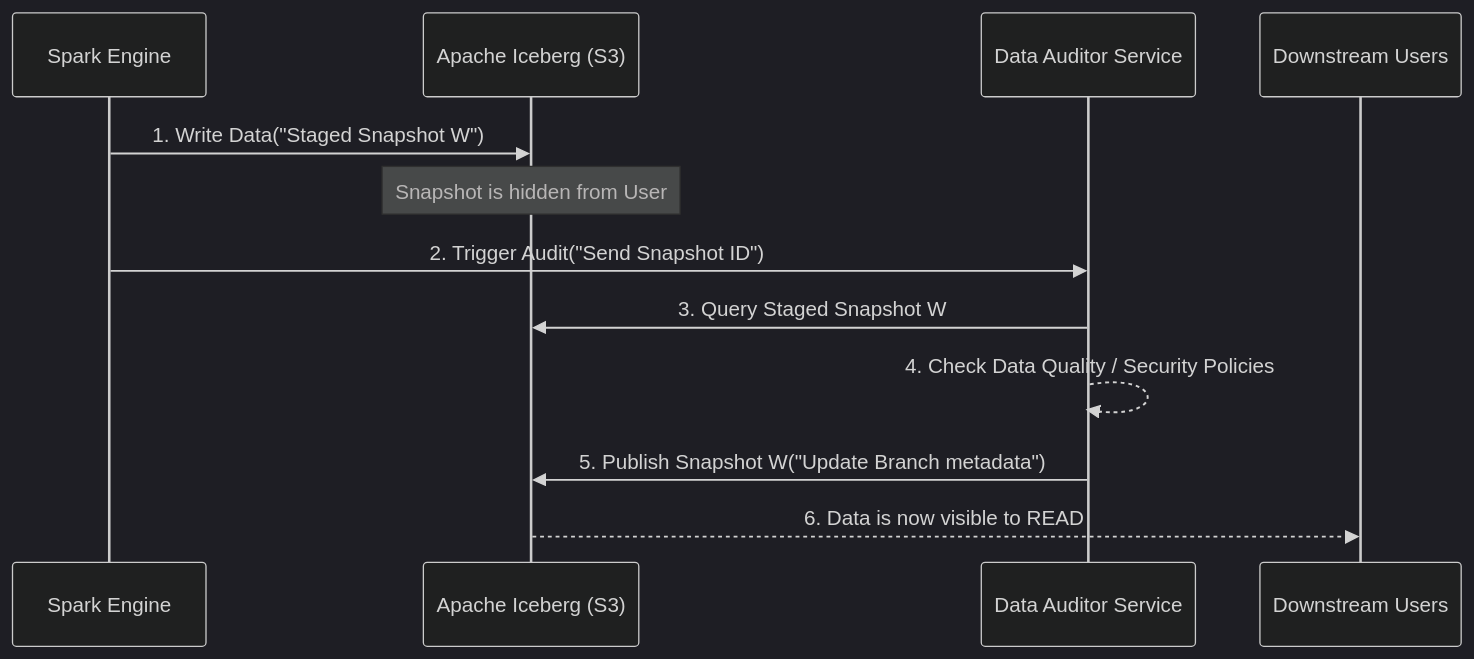
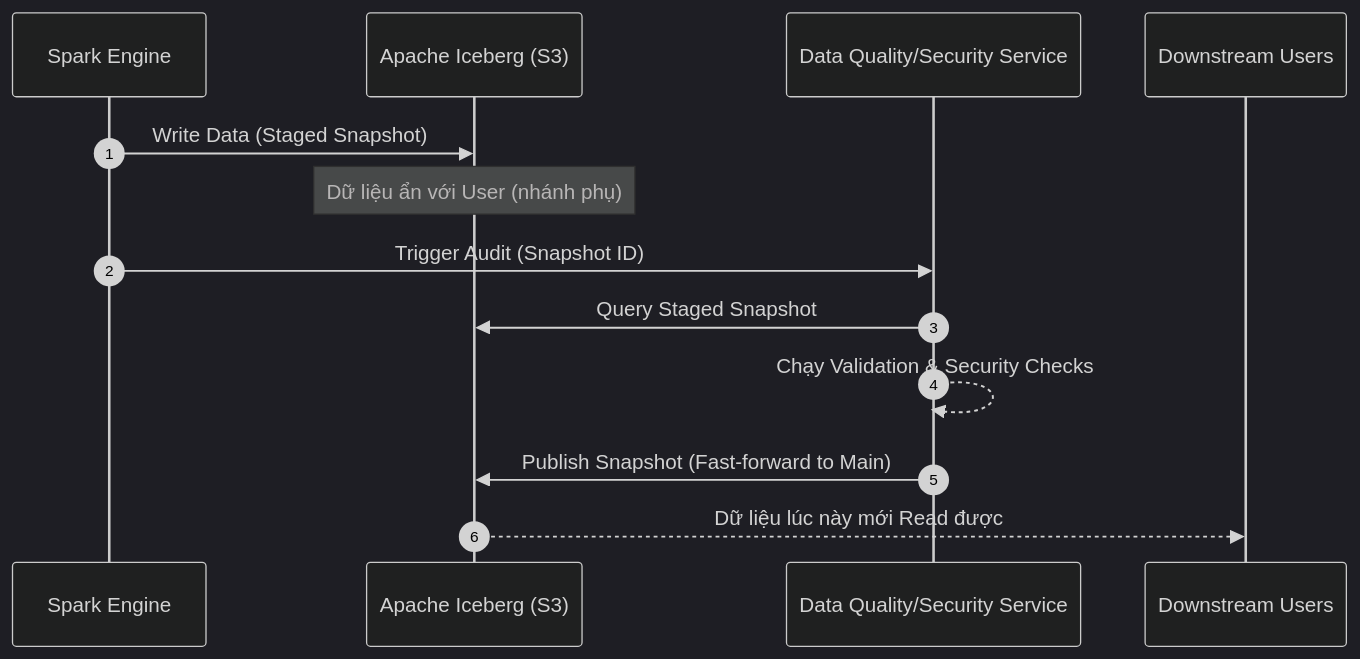
Before and after one commit to kythuatdulieu/kythuatdulieu.github.io: the second of 2 diagrams in src/content/docs/concepts/8-security-governance-finops/audit-logging.md, drawn with Mermaid (dark theme). The commit also changed other lines of this file and 1 other file, not shown here.

Commit message:
rewrite(8-security-governance-finops): audit-logging

````diff
--- a/src/content/docs/concepts/8-security-governance-finops/audit-logging.md
+++ b/src/content/docs/concepts/8-security-governance-finops/audit-logging.md
@@ -71,15 +92,16 @@
 ```mermaid
 sequenceDiagram
+    autonumber
     participant Spark as Spark Engine
     participant Iceberg as Apache Iceberg (S3)
-    participant Auditor as Data Auditor Service
+    participant Auditor as Data Quality/Security Service
     participant User as Downstream Users
 
-    Spark->>Iceberg: 1. Write Data("Staged Snapshot W")
-    Note over Iceberg: Snapshot is hidden from User
-    Spark->>Auditor: 2. Trigger Audit("Send Snapshot ID")
-    Auditor->>Iceberg: 3. Query Staged Snapshot W
-    Auditor-->>Auditor: 4. Check Data Quality / Security Policies
-    Auditor->>Iceberg: 5. Publish Snapshot W("Update Branch metadata")
-    Iceberg-->>User: 6. Data is now visible to READ
+    Spark->>Iceberg: Write Data (Staged Snapshot)
+    Note over Iceberg: Dữ liệu ẩn với User (nhánh phụ)
+    Spark->>Auditor: Trigger Audit (Snapshot ID)
+    Auditor->>Iceberg: Query Staged Snapshot
+    Auditor-->>Auditor: Chạy Validation & Security Checks
+    Auditor->>Iceberg: Publish Snapshot (Fast-forward to Main)
+    Iceberg-->>User: Dữ liệu lúc này mới Read được
 ```
````
